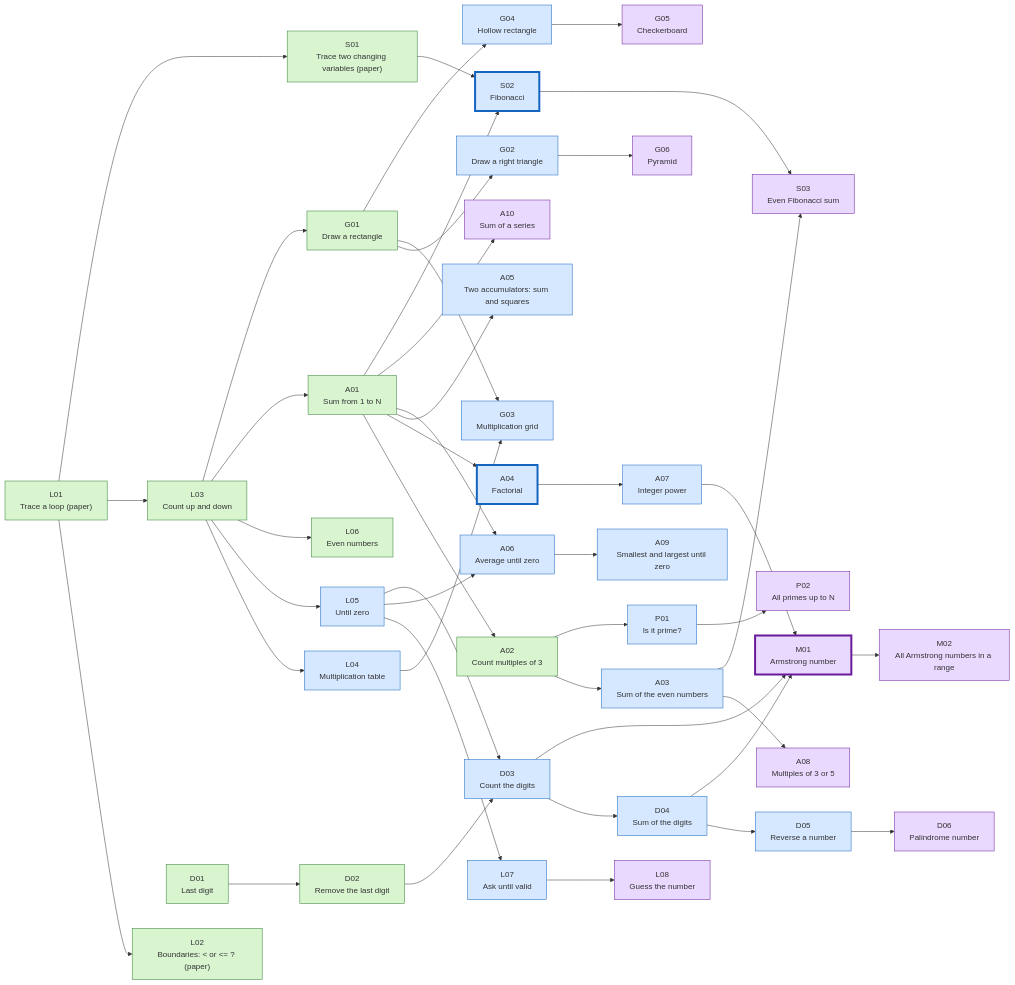
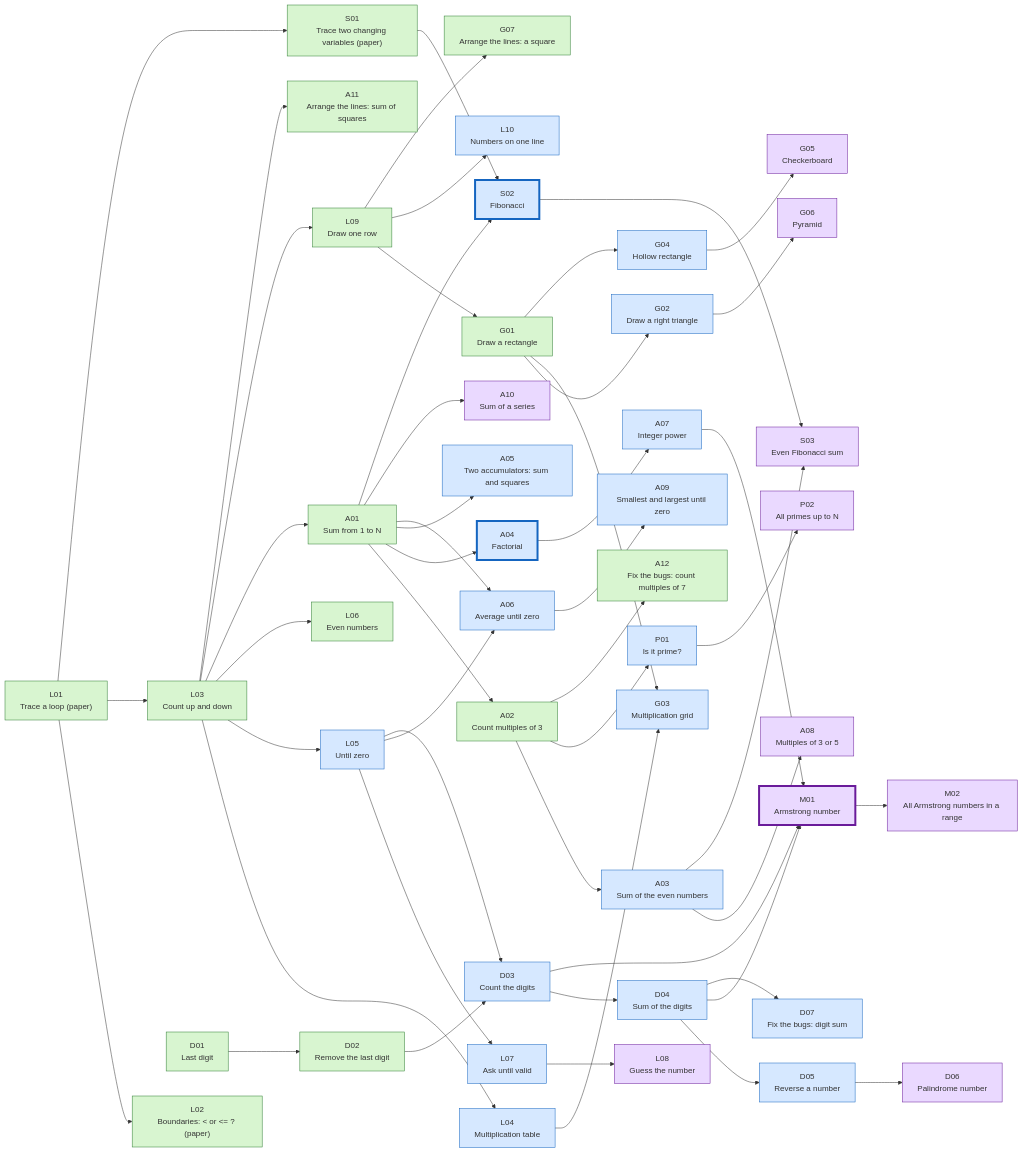
Before and after one commit to lfarci/csharp-programming-fundamentals: the first of 3 diagrams in exercises/dependency-graph.md, drawn with Mermaid. The commit also changed other lines of this file and 64 other files, not shown here.

````diff
--- a/exercises/dependency-graph.md
+++ b/exercises/dependency-graph.md
@@ -54,6 +54,12 @@
     M01["M01<br/>Armstrong number"]:::chall
     class M01 teacher
     M02["M02<br/>All Armstrong numbers in a range"]:::chall
+    L09["L09<br/>Draw one row"]:::guided
+    L10["L10<br/>Numbers on one line"]:::indep
+    A11["A11<br/>Arrange the lines: sum of squares"]:::guided
+    G07["G07<br/>Arrange the lines: a square"]:::guided
+    A12["A12<br/>Fix the bugs: count multiples of 7"]:::guided
+    D07["D07<br/>Fix the bugs: digit sum"]:::indep
     L01 --> L02
     L01 --> L03
     L03 --> L04
@@ -72,7 +78,7 @@
     A03 --> A08
     A06 --> A09
     A01 --> A10
-    L03 --> G01
+    L09 --> G01
     G01 --> G02
     G01 --> G03
     L04 --> G03
@@ -96,4 +102,10 @@
     D04 --> M01
     A07 --> M01
     M01 --> M02
+    L03 --> L09
+    L09 --> L10
+    L03 --> A11
+    L09 --> G07
+    A02 --> A12
+    D04 --> D07
 ```
````
